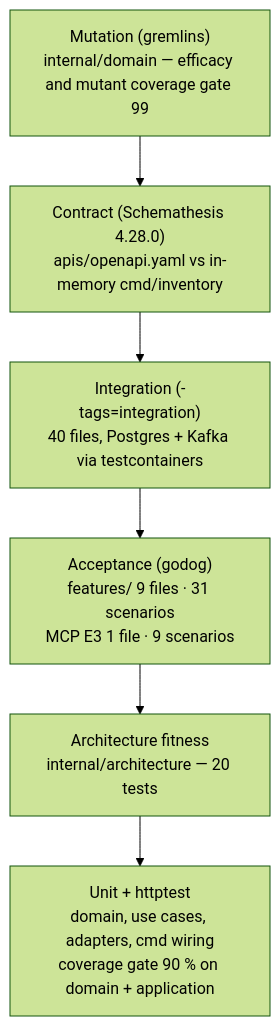
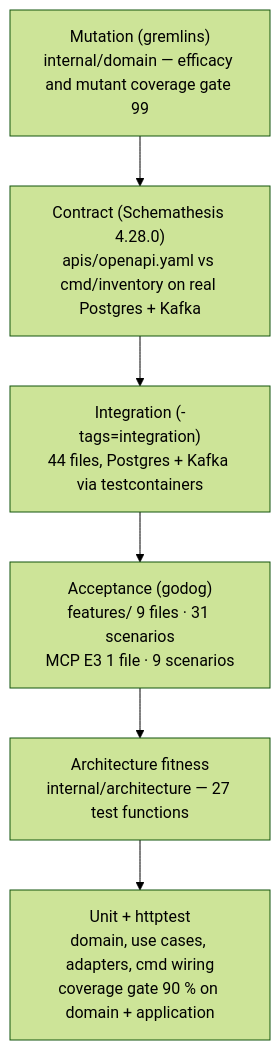
The diagram in docs/docs/development/testing.md (IQVO/inventory-storage), drawn with Mermaid (forest theme) before and after one commit. The commit also changed other lines of this file and 9 other files, not shown here.

First line of the commit message:
docs: sweep configuration, quickstart, runbook, troubleshooting, integration for the one real runtime (ADR 0042)

````diff
--- a/docs/docs/development/testing.md
+++ b/docs/docs/development/testing.md
@@ -14,10 +14,10 @@
 ```mermaid
 flowchart TB
   MUT["Mutation (gremlins)<br/>internal/domain — efficacy and mutant coverage gate 99"]
-  CON["Contract (Schemathesis 4.28.0)<br/>apis/openapi.yaml vs in-memory cmd/inventory"]
-  INT["Integration (-tags=integration)<br/>40 files, Postgres + Kafka via testcontainers"]
+  CON["Contract (Schemathesis 4.28.0)<br/>apis/openapi.yaml vs cmd/inventory on real Postgres + Kafka"]
+  INT["Integration (-tags=integration)<br/>44 files, Postgres + Kafka via testcontainers"]
   BDD["Acceptance (godog)<br/>features/ 9 files · 31 scenarios<br/>MCP E3 1 file · 9 scenarios"]
-  ARCH["Architecture fitness<br/>internal/architecture — 20 tests"]
+  ARCH["Architecture fitness<br/>internal/architecture — 27 test functions"]
   UNIT["Unit + httptest<br/>domain, use cases, adapters, cmd wiring<br/>coverage gate 90 % on domain + application"]
   MUT --> CON --> INT --> BDD --> ARCH --> UNIT
 ```
````
